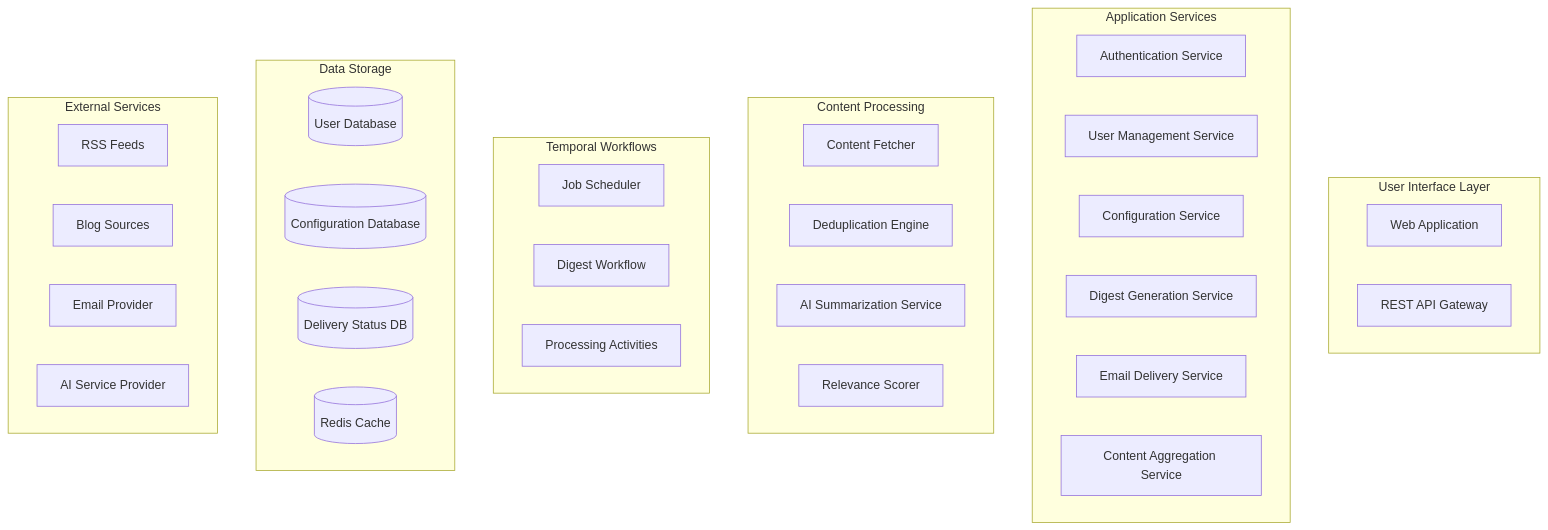
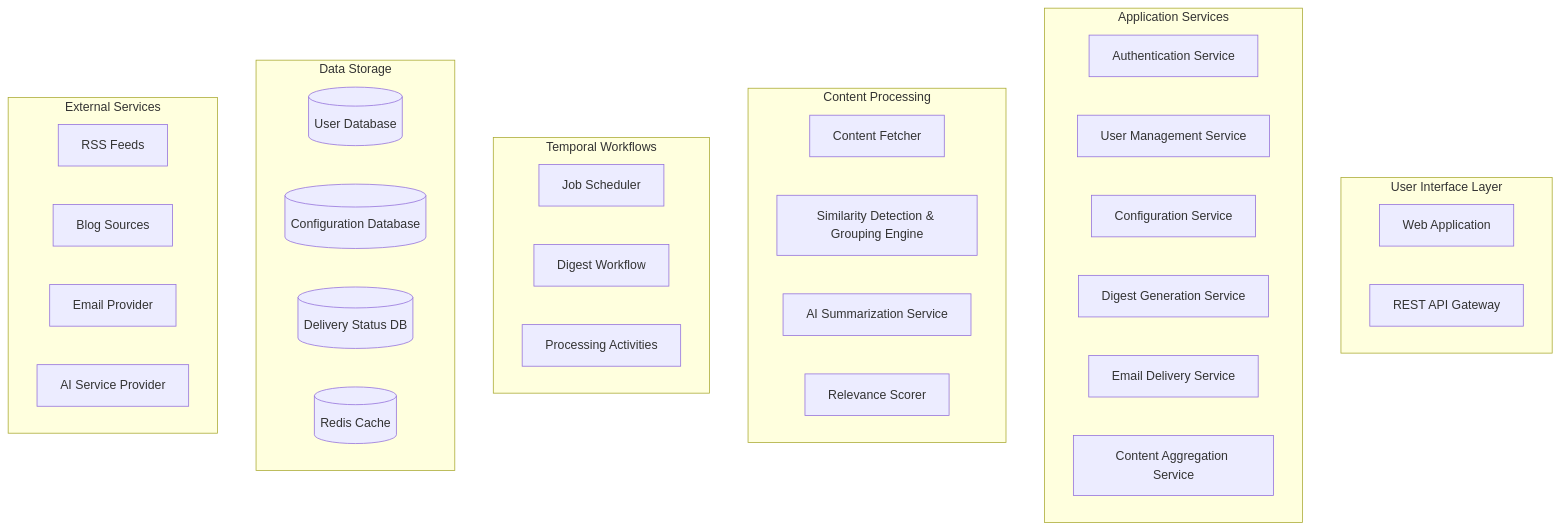
One commit to PuChenTW/Periscope changed the diagram in CLAUDE.md. Above: the diagram before and after it, drawn with Mermaid. The commit also changed other lines of this file and 3 other files, not shown here.

Commit message:
feat: Update documentation to reflect changes in similarity detection and grouping for content processing

````diff
--- a/CLAUDE.md
+++ b/CLAUDE.md
@@ -38,49 +38,49 @@
 ```mermaid
 graph TB
     %% User Interface Layer
     subgraph "User Interface Layer"
         WEB[Web Application]
         API[REST API Gateway]
     end
 
     %% Application Services Layer
     subgraph "Application Services"
         AUTH[Authentication Service]
         USER[User Management Service]
         CONFIG[Configuration Service]
         DIGEST[Digest Generation Service]
         EMAIL[Email Delivery Service]
         CONTENT[Content Aggregation Service]
     end
 
     %% Core Processing Components
     subgraph "Content Processing"
         FETCH[Content Fetcher]
-        DEDUP[Deduplication Engine]
+        SIMILARITY[Similarity Detection & Grouping Engine]
         SUMM[AI Summarization Service]
         RELEVANCE[Relevance Scorer]
     end
 
     %% Scheduling & Background Jobs
     subgraph "Temporal Workflows"
         SCHEDULER[Job Scheduler]
         WORKFLOW[Digest Workflow]
         ACTIVITIES[Processing Activities]
     end
 
     %% Data Storage Layer
     subgraph "Data Storage"
         USERDB[(User Database)]
         CONFIGDB[(Configuration Database)]
         STATUSDB[(Delivery Status DB)]
         CACHE[(Redis Cache)]
     end
 
     %% External Services
     subgraph "External Services"
         RSS[RSS Feeds]
         BLOGS[Blog Sources]
         EMAILPROV[Email Provider]
         AISVC[AI Service Provider]
     end
 ```
````
